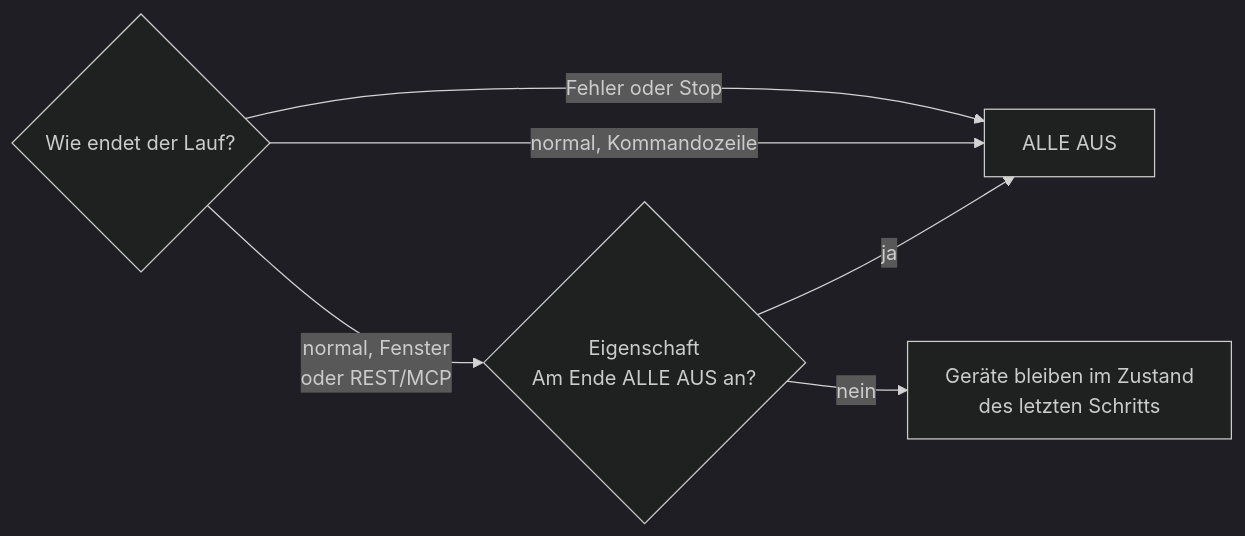
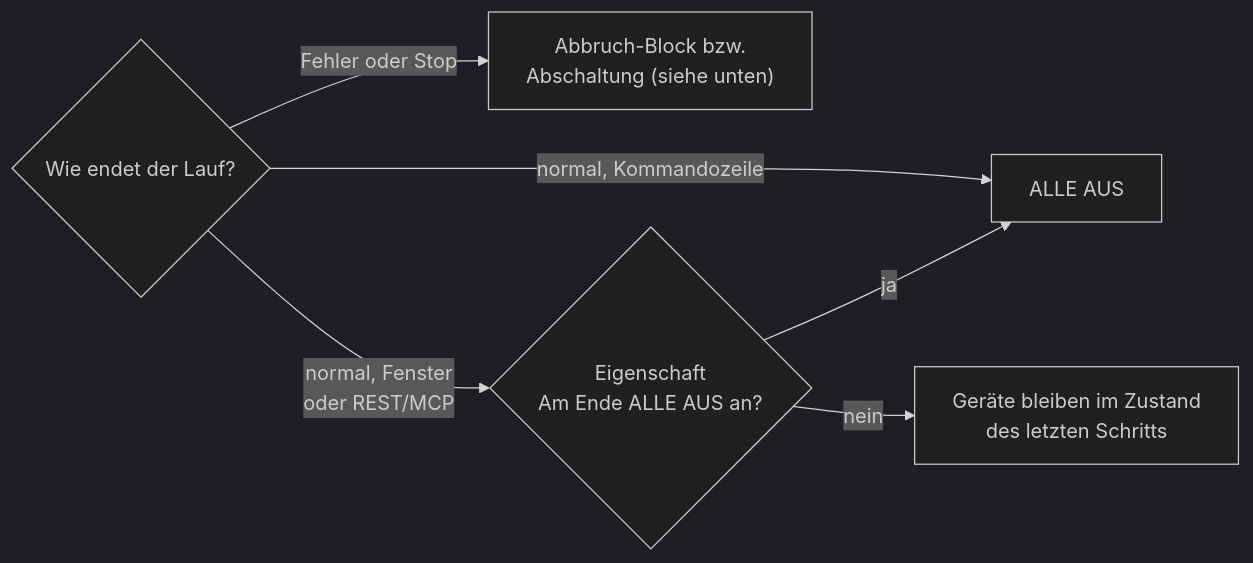
Diagram 11 of 13 in docs/de/testablaeufe.md (danielsimonreinhardt/LabControl), drawn with Mermaid (dark theme) before and after one commit. The commit also changed other lines of this file and 25 other files, not shown here.

````diff
--- a/docs/de/testablaeufe.md
+++ b/docs/de/testablaeufe.md
@@ -463,8 +467,8 @@
 ```mermaid
 flowchart LR
-    E{"Wie endet der Lauf?"} -- "Fehler oder Stop" --> AA["ALLE AUS"]
-    E -- "normal, Kommandozeile" --> AA
+    E{"Wie endet der Lauf?"} -- "Fehler oder Stop" --> AB["Abbruch-Block bzw.<br/>Abschaltung (siehe unten)"]
+    E -- "normal, Kommandozeile" --> AA["ALLE AUS"]
     E -- "normal, Fenster<br/>oder REST/MCP" --> P{"Eigenschaft<br/>Am Ende ALLE AUS an?"}
     P -- ja --> AA
     P -- nein --> B["Geräte bleiben im Zustand<br/>des letzten Schritts"]
 ```
````
